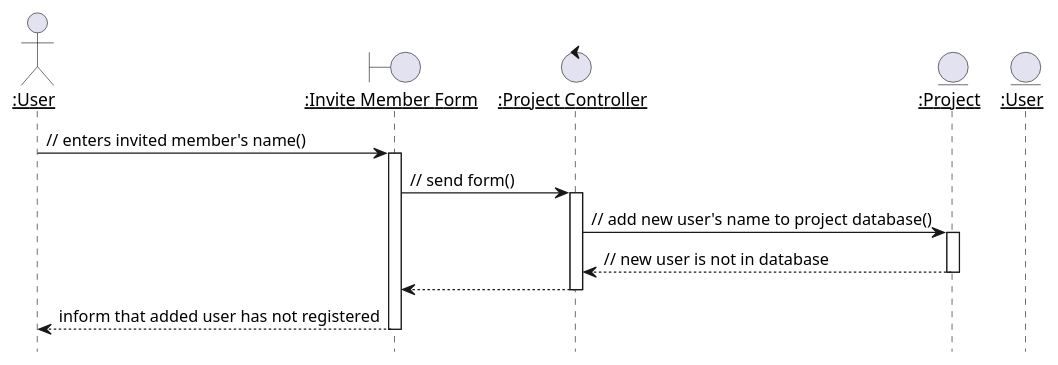
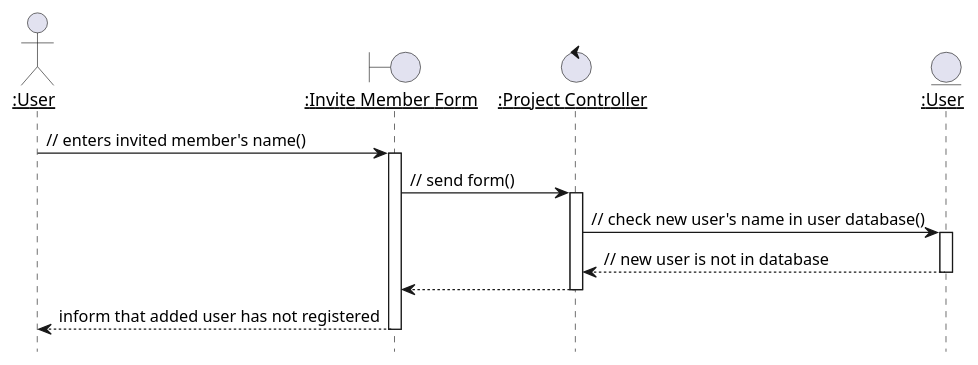
The diagram in docs/source/meth/uc-anal-design/uml/p-member-add-not-registered.puml (Huy-Ngo/acanban), drawn with PlantUML before and after one commit. The commit also changed 3 other files, not shown here.

Commit message:
[Doc] Correct invite member sequence diagrams

```diff
--- a/docs/source/meth/uc-anal-design/uml/p-member-add-not-registered.puml
+++ b/docs/source/meth/uc-anal-design/uml/p-member-add-not-registered.puml
@@ -1,17 +1,16 @@
 @startuml
 hide footbox
 autoactivate on
 skinparam sequenceParticipant underline
 actor ":User" as usr
 boundary ":Invite Member Form" as form
 control ":Project Controller" as ctl
-entity ":Project" as db_prj
 entity ":User" as db_usr
 
 usr -> form : // enters invited member's name()
 form -> ctl : // send form()
-ctl -> db_prj : // add new user's name to project database()
-ctl <-- db_prj : // new user is not in database
+ctl -> db_usr : // check new user's name in user database()
+ctl <-- db_usr : // new user is not in database
 form <-- ctl
 usr <-- form : inform that added user has not registered
 @enduml
```
